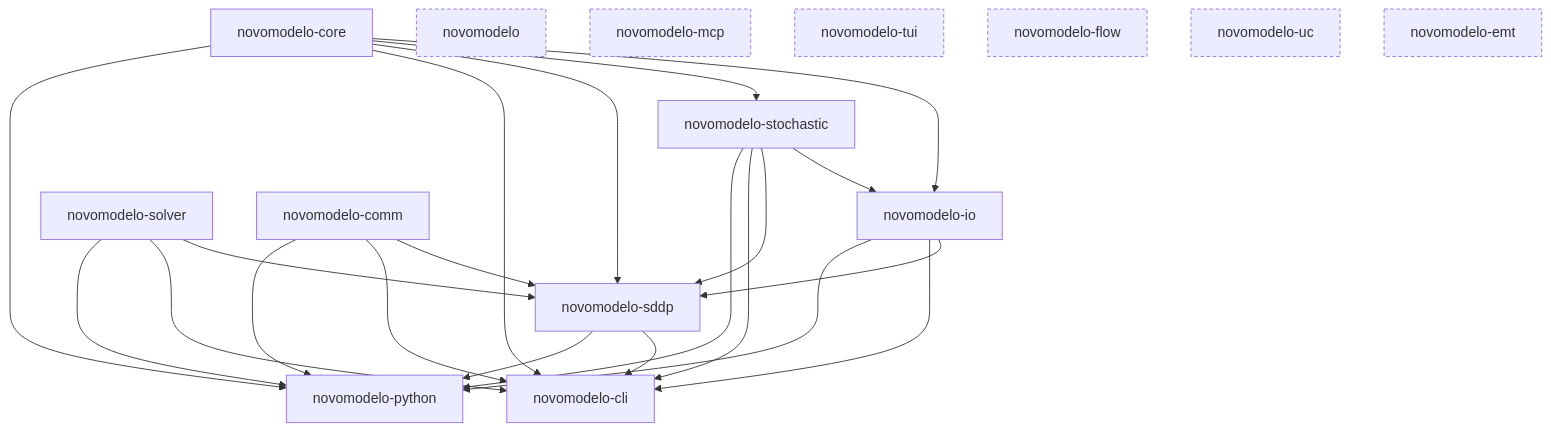
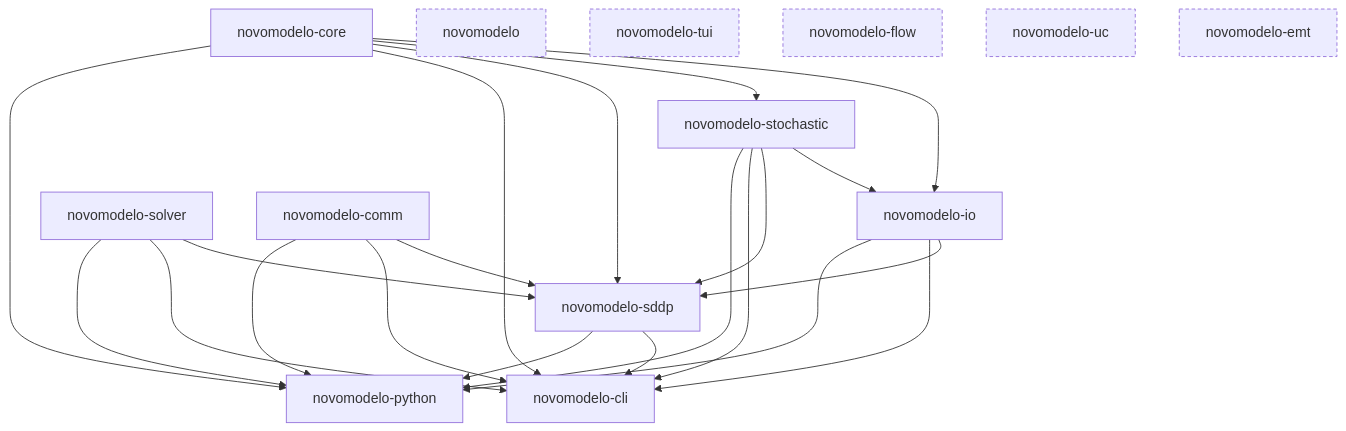
The diagram in ARCHITECTURE.md (ons-ccee-epe/novomodelo), drawn with Mermaid before and after one commit. The commit also changed other lines of this file and 18 other files, not shown here.

First line of the commit message:
refactor: remove the reserved novomodelo-mcp stub crate

````diff
--- a/ARCHITECTURE.md
+++ b/ARCHITECTURE.md
@@ -138,45 +140,44 @@
 ```mermaid
 graph TD
     core[novomodelo-core]
     io[novomodelo-io]
     stochastic[novomodelo-stochastic]
     solver[novomodelo-solver]
     comm[novomodelo-comm]
     sddp[novomodelo-sddp]
     cli[novomodelo-cli]
     python[novomodelo-python]
 
     core --> io
     core --> stochastic
     stochastic --> io
 
     core --> sddp
     io --> sddp
     solver --> sddp
     comm --> sddp
     stochastic --> sddp
 
     core --> cli
     io --> cli
     solver --> cli
     comm --> cli
     stochastic --> cli
     sddp --> cli
 
     core --> python
     io --> python
     solver --> python
     comm --> python
     stochastic --> python
     sddp --> python
 
     umbrella[novomodelo]
-    mcp[novomodelo-mcp]
     tui[novomodelo-tui]
     flow[novomodelo-flow]
     uc[novomodelo-uc]
     emt[novomodelo-emt]
 
-    class umbrella,mcp,tui,flow,uc,emt reserved;
+    class umbrella,tui,flow,uc,emt reserved;
     classDef reserved stroke-dasharray: 4 3;
 ```
````
